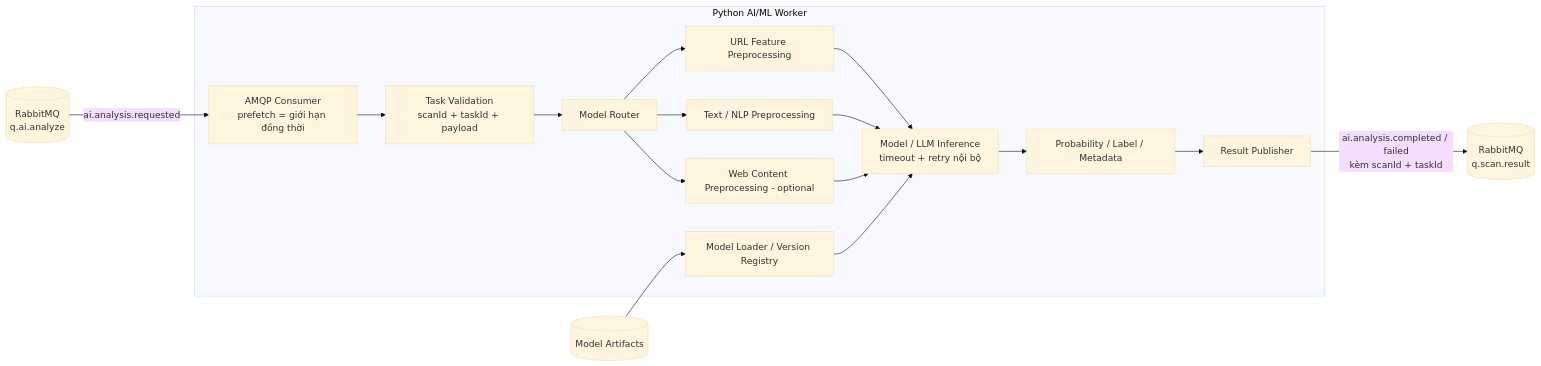
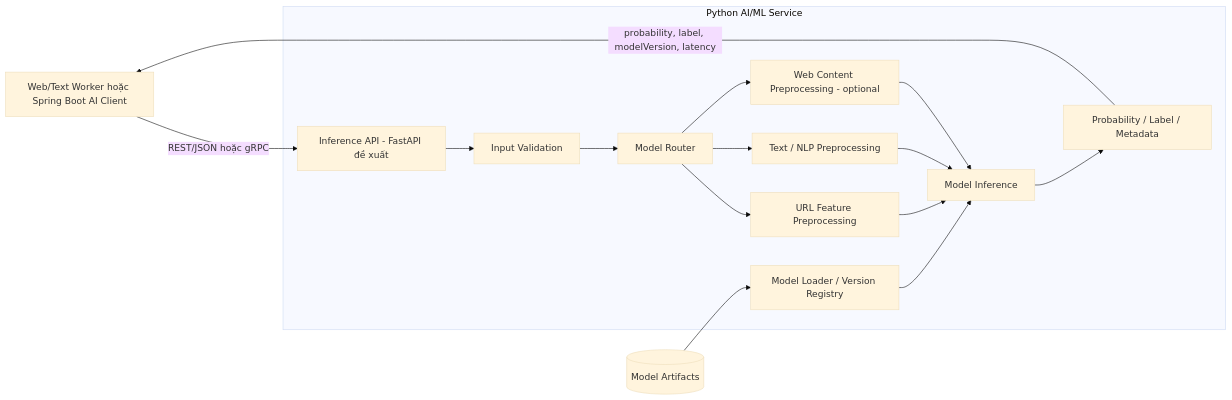
The fourth of 11 diagrams in architectures/architecture_v3.1.md (KLTN-2023-HCMSU/document), drawn with Mermaid (base theme) before and after one commit. The commit also changed other lines of this file and 24 other files, not shown here.

````diff
--- a/architectures/architecture_v3.1.md
+++ b/architectures/architecture_v3.1.md
@@ -349,35 +330,32 @@
 ```mermaid
 flowchart LR
-    MQIn[(RabbitMQ\nq.ai.analyze)]
+    Caller[Web/Text Worker hoặc Spring Boot AI Client]
 
-    subgraph PythonAI[Python AI/ML Worker]
-        Consumer[AMQP Consumer\nprefetch = giới hạn đồng thời]
-        Validation[Task Validation\nscanId + taskId + payload]
+    subgraph PythonAI[Python AI/ML Service]
+        API[Inference API - FastAPI đề xuất]
+        Validation[Input Validation]
         ModelRouter[Model Router]
         UrlPre[URL Feature Preprocessing]
         TextPre[Text / NLP Preprocessing]
         WebPre[Web Content Preprocessing - optional]
         Registry[Model Loader / Version Registry]
-        Inference[Model / LLM Inference\ntimeout + retry nội bộ]
+        Inference[Model Inference]
         Postprocess[Probability / Label / Metadata]
-        Publisher[Result Publisher]
     end
 
     Models[(Model Artifacts)]
-    MQOut[(RabbitMQ\nq.scan.result)]
 
-    MQIn -->|ai.analysis.requested| Consumer
-    Consumer --> Validation
+    Caller -->|REST/JSON hoặc gRPC| API
+    API --> Validation
     Validation --> ModelRouter
     ModelRouter --> UrlPre
     ModelRouter --> TextPre
     ModelRouter --> WebPre
     UrlPre --> Inference
     TextPre --> Inference
     WebPre --> Inference
     Registry --> Inference
     Models --> Registry
     Inference --> Postprocess
-    Postprocess --> Publisher
-    Publisher -->|ai.analysis.completed / failed<br/>kèm scanId + taskId| MQOut
+    Postprocess -->|probability, label, modelVersion, latency| Caller
 ```
````
